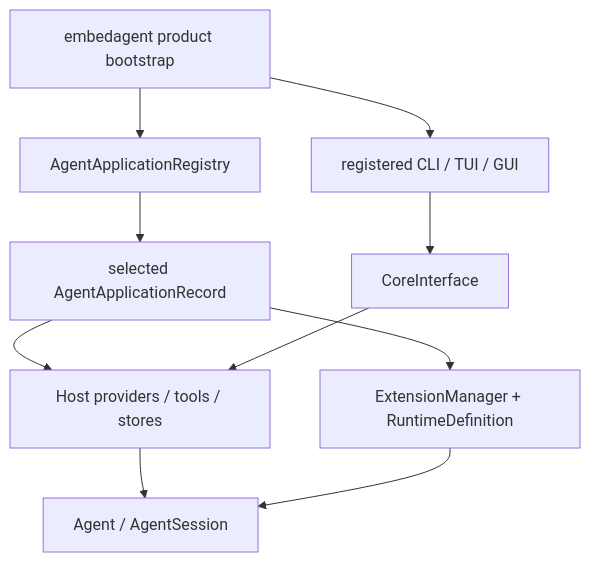
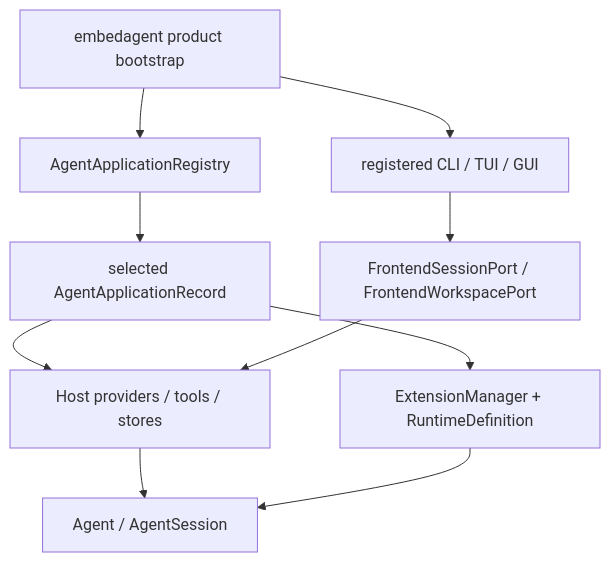
Before and after one commit to czh869452912/ccode-win7: the diagram in docs/product/composition.md, drawn with Mermaid. The commit also changed other lines of this file and 16 other files, not shown here.

````diff
--- a/docs/product/composition.md
+++ b/docs/product/composition.md
@@ -64,12 +65,12 @@
 ```mermaid
 flowchart TD
     P["embedagent product bootstrap"] --> R["AgentApplicationRegistry"]
     R --> A["selected AgentApplicationRecord"]
     A --> H["Host providers / tools / stores"]
     A --> E["ExtensionManager + RuntimeDefinition"]
     H --> C["Agent / AgentSession"]
     E --> C
     P --> U["registered CLI / TUI / GUI"]
-    U --> I["CoreInterface"]
+    U --> I["FrontendSessionPort / FrontendWorkspacePort"]
     I --> H
 ```
````
